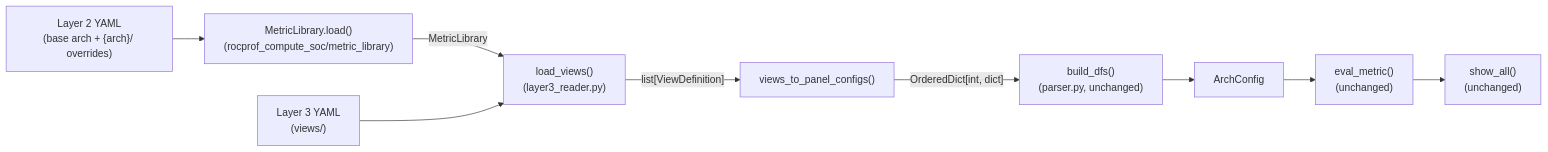
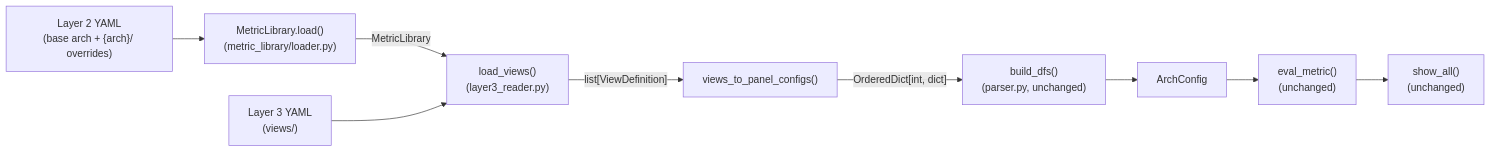
The third of 6 diagrams in projects/rocprofiler-compute/docs/design/analysis-config-redesign/lld-index.md (ROCm/rocm-systems), drawn with Mermaid before and after one commit. The commit also changed other lines of this file and 9 other files, not shown here.

First line of the commit message:
refactor(rocprofiler-compute): Move the metric library code to loader.py

````diff
--- a/projects/rocprofiler-compute/docs/design/analysis-config-redesign/lld-index.md
+++ b/projects/rocprofiler-compute/docs/design/analysis-config-redesign/lld-index.md
@@ -91,21 +91,21 @@
 ```mermaid
 flowchart LR
     L2["Layer 2 YAML<br/>(base arch + {arch}/ overrides)"]
     L3["Layer 3 YAML<br/>(views/)"]
-    LML["MetricLibrary.load()<br/>(rocprof_compute_soc/metric_library)"]
+    LML["MetricLibrary.load()<br/>(metric_library/loader.py)"]
     LV["load_views()<br/>(layer3_reader.py)"]
     V2P["views_to_panel_configs()"]
     BD["build_dfs()<br/>(parser.py, unchanged)"]
     AC["ArchConfig"]
     EM["eval_metric()<br/>(unchanged)"]
     SA["show_all()<br/>(unchanged)"]
 
     L2 --> LML
     LML -->|MetricLibrary| LV
     L3 --> LV
     LV -->|"list[ViewDefinition]"| V2P
     V2P -->|"OrderedDict[int, dict]"| BD
     BD --> AC
     AC --> EM
     EM --> SA
 ```
````
